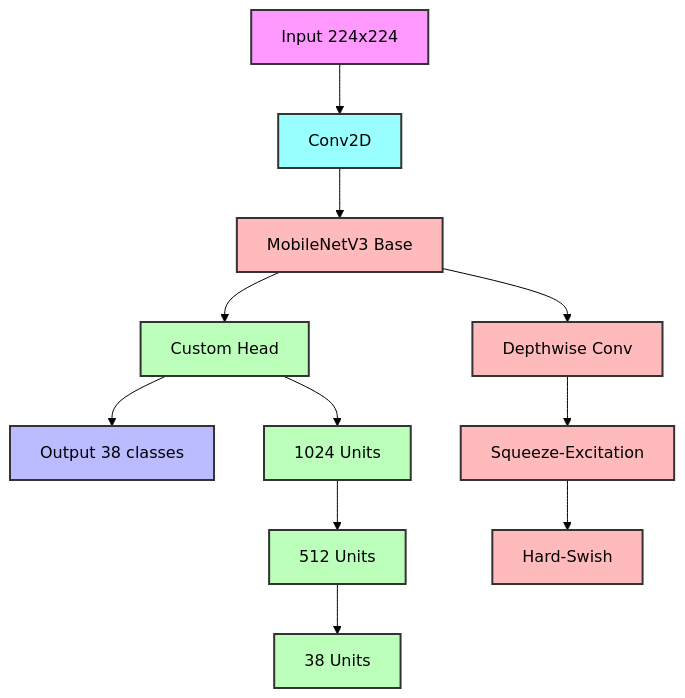
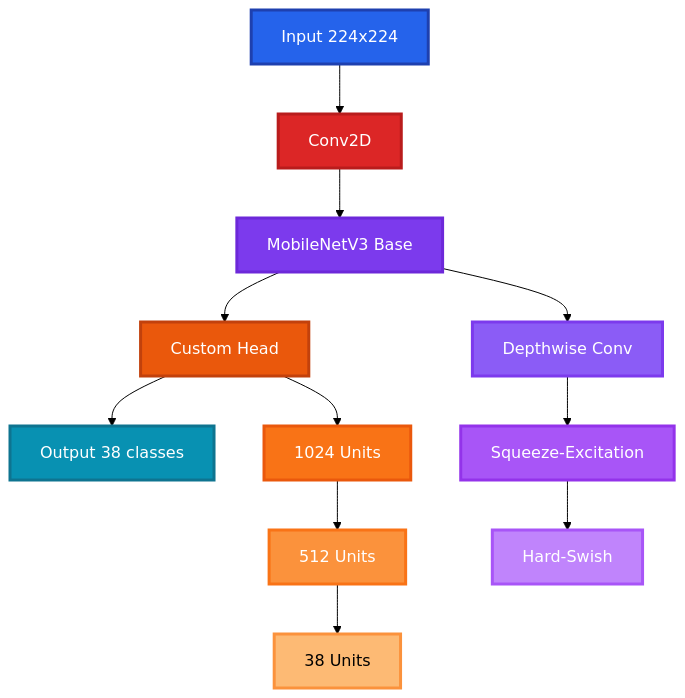
The third of 4 diagrams in docs/ARCHITECTURE.md (VIKAS9793/KrishiRakshak-2.0), drawn with Mermaid (forest theme) before and after one commit. The commit also changed other lines of this file, not shown here.

First line of the commit message:
docs: fix Mermaid diagram rendering issues

````diff
--- a/docs/ARCHITECTURE.md
+++ b/docs/ARCHITECTURE.md
@@ -127,27 +127,27 @@
 ```mermaid
 graph TD
     A[Input 224x224] --> B[Conv2D]
     B --> C[MobileNetV3 Base]
     C --> D[Custom Head]
     D --> E[Output 38 classes]
     
     C --> F[Depthwise Conv]
     F --> G[Squeeze-Excitation]
     G --> H[Hard-Swish]
     
     D --> I[1024 Units]
     I --> J[512 Units]
     J --> K[38 Units]
 
-    style A fill:#f9f,stroke:#333,stroke-width:2px
-    style B fill:#9ff,stroke:#333,stroke-width:2px
-    style C fill:#fbb,stroke:#333,stroke-width:2px
-    style D fill:#bfb,stroke:#333,stroke-width:2px
-    style E fill:#bbf,stroke:#333,stroke-width:2px
-    style F fill:#fbb,stroke:#333,stroke-width:2px
-    style G fill:#fbb,stroke:#333,stroke-width:2px
-    style H fill:#fbb,stroke:#333,stroke-width:2px
-    style I fill:#bfb,stroke:#333,stroke-width:2px
-    style J fill:#bfb,stroke:#333,stroke-width:2px
-    style K fill:#bfb,stroke:#333,stroke-width:2px
+    style A fill:#2563eb,stroke:#1e40af,stroke-width:3px,color:#ffffff
+    style B fill:#dc2626,stroke:#b91c1c,stroke-width:3px,color:#ffffff
+    style C fill:#7c3aed,stroke:#6d28d9,stroke-width:3px,color:#ffffff
+    style D fill:#ea580c,stroke:#c2410c,stroke-width:3px,color:#ffffff
+    style E fill:#0891b2,stroke:#0e7490,stroke-width:3px,color:#ffffff
+    style F fill:#8b5cf6,stroke:#7c3aed,stroke-width:3px,color:#ffffff
+    style G fill:#a855f7,stroke:#9333ea,stroke-width:3px,color:#ffffff
+    style H fill:#c084fc,stroke:#a855f7,stroke-width:3px,color:#ffffff
+    style I fill:#f97316,stroke:#ea580c,stroke-width:3px,color:#ffffff
+    style J fill:#fb923c,stroke:#f97316,stroke-width:3px,color:#ffffff
+    style K fill:#fdba74,stroke:#fb923c,stroke-width:3px,color:#000000
 ```
````
